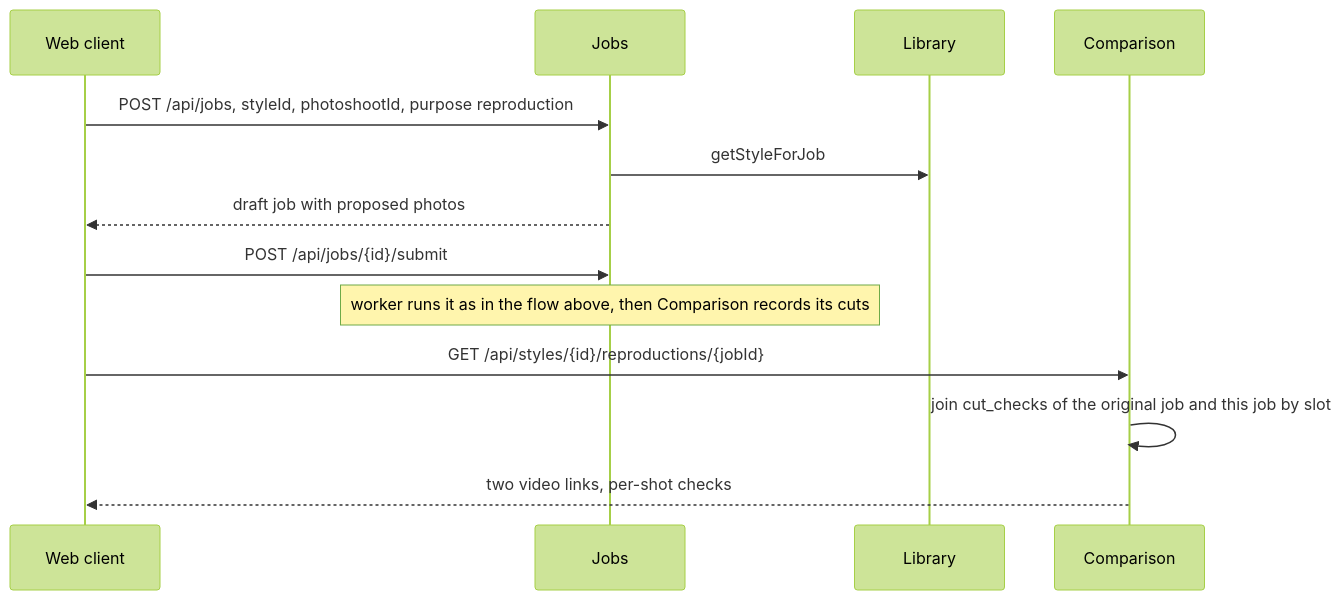
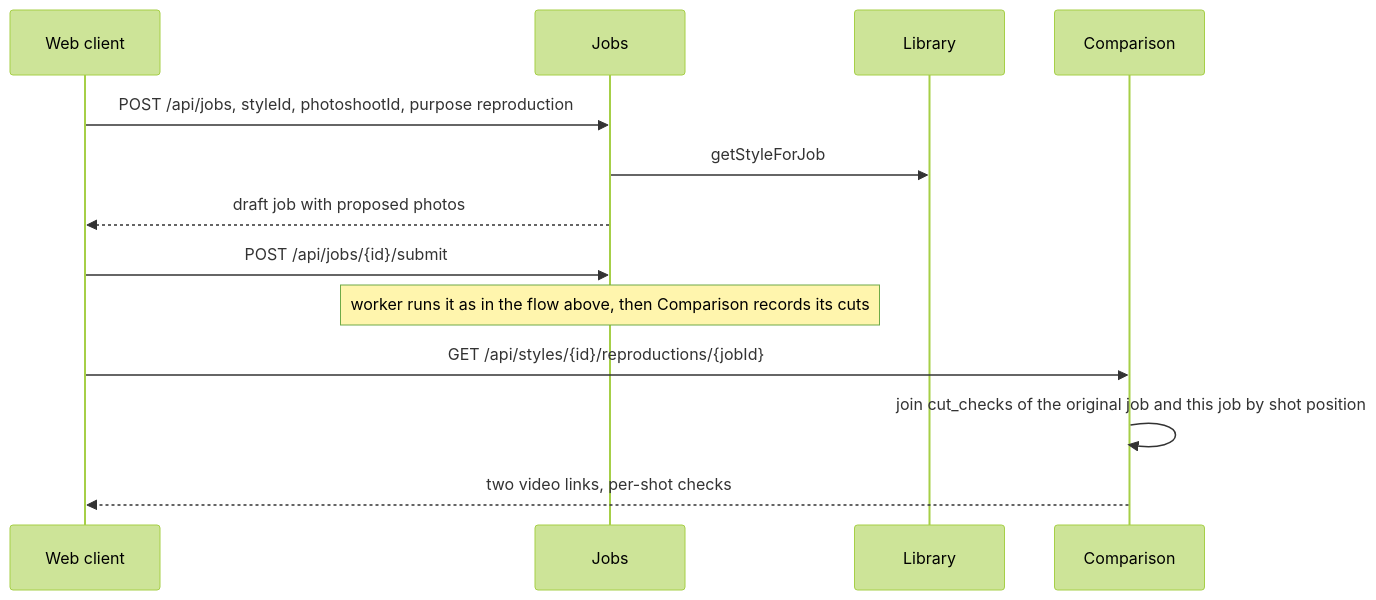
Before and after one commit to ThinkBuildMake/autohdr-photo-to-video: the fourth of 7 diagrams in docs/ARCHITECTURE.md, drawn with Mermaid (forest theme). The commit also changed other lines of this file and 3 other files, not shown here.

First line of the commit message:
ARCHITECTURE.md: apply fresh review findings

````diff
--- a/docs/ARCHITECTURE.md
+++ b/docs/ARCHITECTURE.md
@@ -171,15 +181,15 @@
 ```mermaid
 sequenceDiagram
   participant C as Web client
   participant J as Jobs
   participant L as Library
   participant CMP as Comparison
   C->>J: POST /api/jobs, styleId, photoshootId, purpose reproduction
   J->>L: getStyleForJob
   J-->>C: draft job with proposed photos
   C->>J: POST /api/jobs/{id}/submit
   Note over J: worker runs it as in the flow above, then Comparison records its cuts
   C->>CMP: GET /api/styles/{id}/reproductions/{jobId}
-  CMP->>CMP: join cut_checks of the original job and this job by slot
+  CMP->>CMP: join cut_checks of the original job and this job by shot position
   CMP-->>C: two video links, per-shot checks
 ```
````
